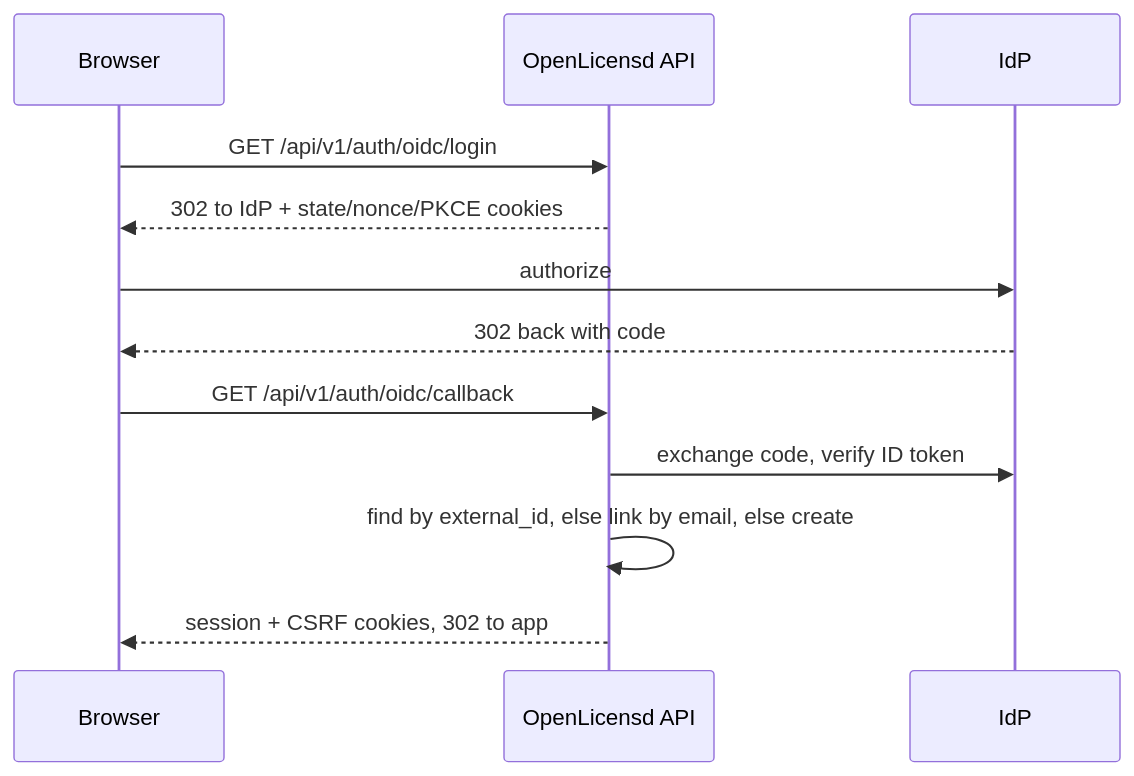
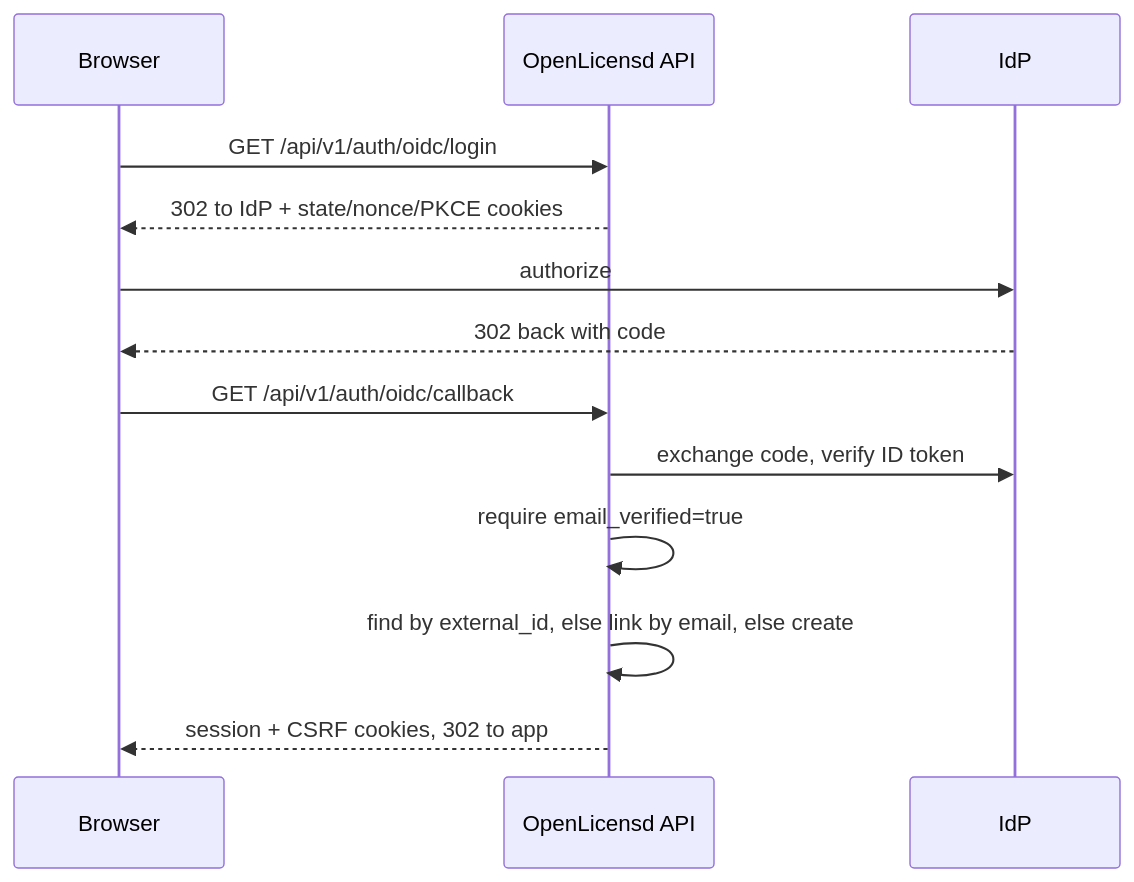
The fifth of 5 diagrams in docs/architecture.md (alvarorg14/openlicensd), drawn with Mermaid before and after one commit. The commit also changed 10 other files, not shown here.

First line of the commit message:
fix(oidc): require verified email before SSO provisioning (#311)

````diff
--- a/docs/architecture.md
+++ b/docs/architecture.md
@@ -284,15 +284,16 @@
 ```mermaid
 sequenceDiagram
   participant Browser
   participant API as OpenLicensd API
   participant IdP
 
   Browser->>API: GET /api/v1/auth/oidc/login
   API-->>Browser: 302 to IdP + state/nonce/PKCE cookies
   Browser->>IdP: authorize
   IdP-->>Browser: 302 back with code
   Browser->>API: GET /api/v1/auth/oidc/callback
   API->>IdP: exchange code, verify ID token
+  API->>API: require email_verified=true
   API->>API: find by external_id, else link by email, else create
   API-->>Browser: session + CSRF cookies, 302 to app
 ```
````
